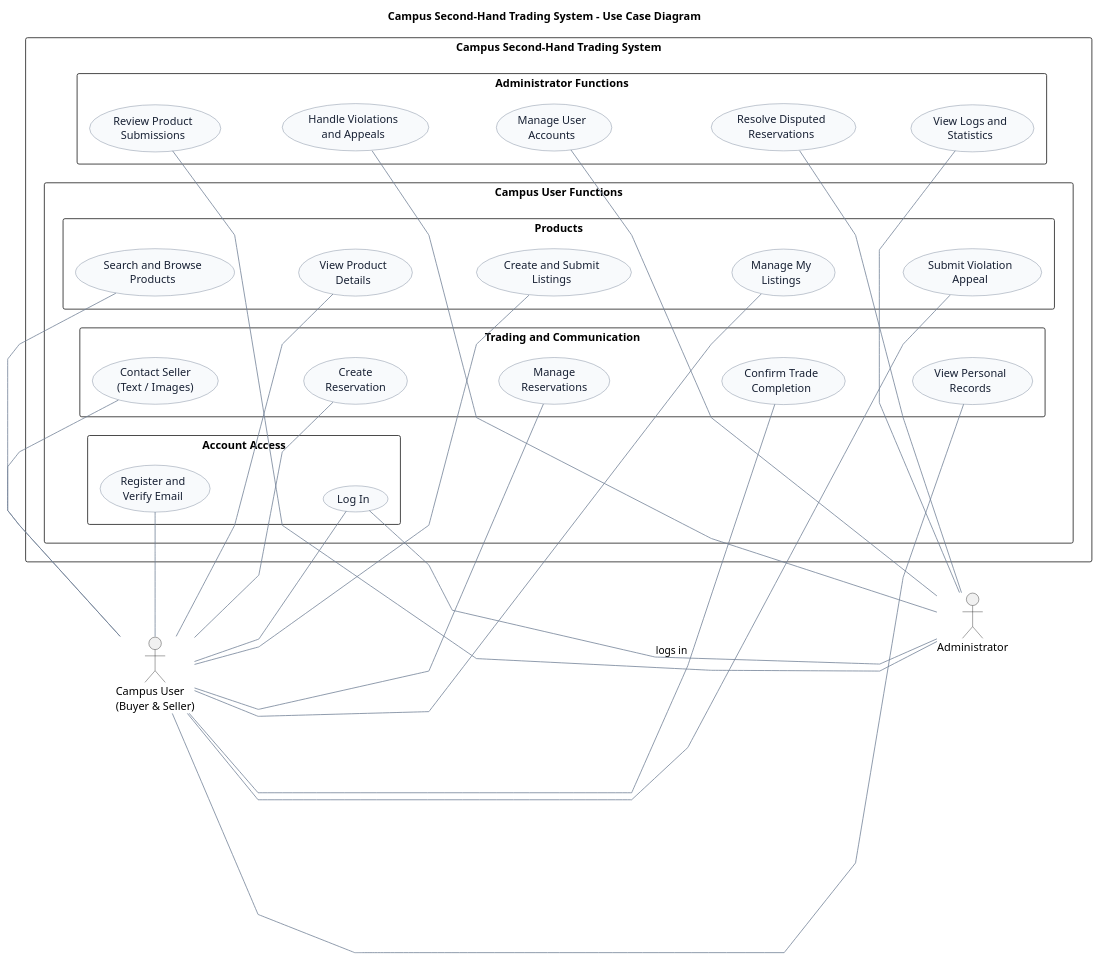
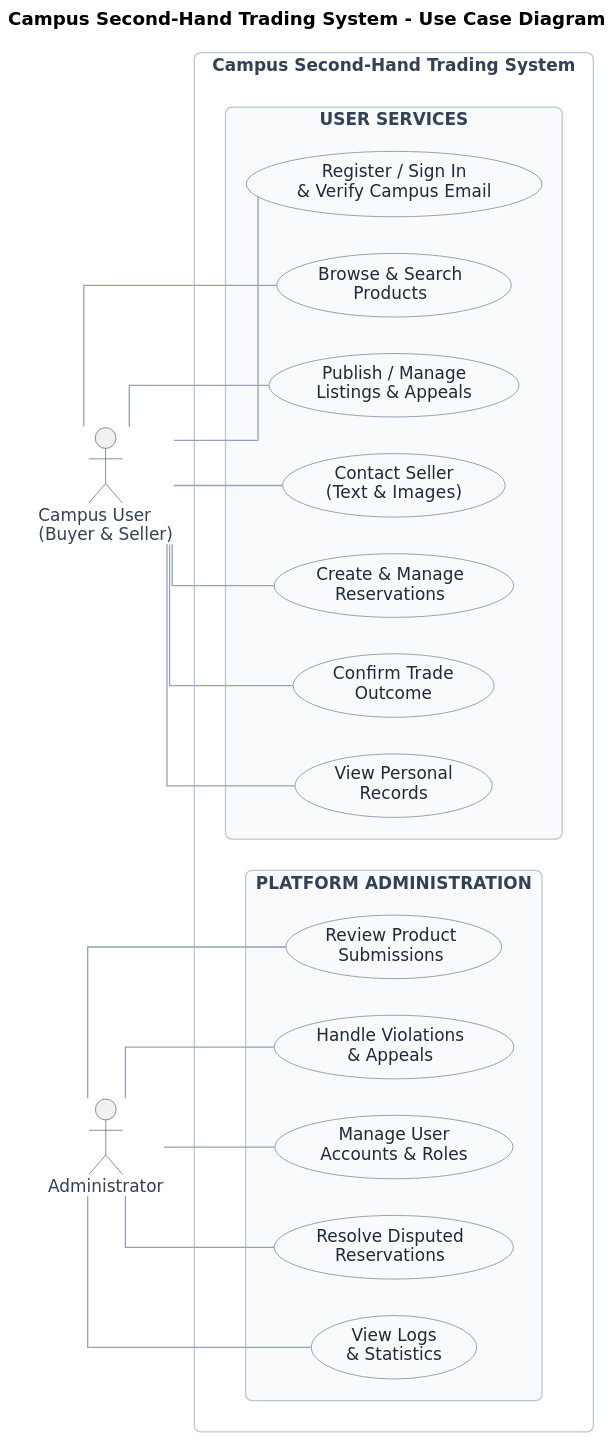
The diagram in lab2/UML/UML用例图.puml (h53733856-cyber/Software-Engineering-Course), drawn with PlantUML before and after one commit. The commit also changed 23 other files, not shown here.

Commit message:
lab2: UML and UI finished

```diff
--- a/lab2/UML/UML用例图.puml
+++ b/lab2/UML/UML用例图.puml
@@ -1,98 +1,71 @@
 @startuml UML用例图
+title Campus Second-Hand Trading System - Use Case Diagram
+left to right direction
 
-title Campus Second-Hand Trading System - Use Case Diagram
+skinparam backgroundColor #FFFFFF
+skinparam shadowing false
+skinparam defaultFontName "DejaVu Sans"
+skinparam defaultFontSize 13
+skinparam dpi 160
+skinparam linetype ortho
+skinparam nodesep 28
+skinparam ranksep 48
+skinparam roundcorner 10
+skinparam ArrowColor #94A3B8
 
-left to right direction
-skinparam shadowing false
-skinparam packageStyle rectangle
-skinparam linetype polyline
-skinparam nodesep 38
-skinparam ranksep 60
-skinparam defaultFontName Arial
-skinparam ArrowColor #718096
+skinparam actor {
+    BorderColor #475569
+    FontColor #334155
+}
 
 skinparam usecase {
-  BackgroundColor #F8FAFC
-  BorderColor #64748B
-  FontColor #172033
+    BackgroundColor #F8FAFC
+    BorderColor #64748B
+    FontColor #1E293B
 }
 
-actor "Campus User\n(Buyer & Seller)" as User
+skinparam rectangle {
+    BackgroundColor #FFFFFF
+    BorderColor #B8C6D6
+    FontColor #334155
+}
+
+actor "Campus User\n(Buyer & Seller)" as CampusUser
 actor "Administrator" as Admin
 
-rectangle "Campus Second-Hand Trading System" {
-
-  package "Campus User Functions" {
-
-    package "Account Access" {
-      usecase "Register and\nVerify Email" as U1
-      usecase "Log In" as U2
+rectangle "Campus Second-Hand Trading System" as System {
+    rectangle "USER SERVICES" as UserServices #F8FAFC {
+        usecase "Register / Sign In\n& Verify Campus Email" as U1
+        usecase "Browse & Search\nProducts" as U2
+        usecase "Publish / Manage\nListings & Appeals" as U3
+        usecase "Contact Seller\n(Text & Images)" as U4
+        usecase "Create & Manage\nReservations" as U5
+        usecase "Confirm Trade\nOutcome" as U6
+        usecase "View Personal\nRecords" as U7
     }
 
-    package "Products" {
-      usecase "Search and Browse\nProducts" as U3
-      usecase "View Product\nDetails" as U4
-      usecase "Create and Submit\nListings" as U5
-      usecase "Manage My\nListings" as U6
-      usecase "Submit Violation\nAppeal" as U7
+    rectangle "PLATFORM ADMINISTRATION" as Administration #F8FAFC {
+        usecase "Review Product\nSubmissions" as A1
+        usecase "Handle Violations\n& Appeals" as A2
+        usecase "Manage User\nAccounts & Roles" as A3
+        usecase "Resolve Disputed\nReservations" as A4
+        usecase "View Logs\n& Statistics" as A5
     }
-
-    package "Trading and Communication" {
-      usecase "Contact Seller\n(Text / Images)" as U8
-      usecase "Create\nReservation" as U9
-      usecase "Manage\nReservations" as U10
-      usecase "Confirm Trade\nCompletion" as U11
-      usecase "View Personal\nRecords" as U12
-    }
-  }
-
-  package "Administrator Functions" {
-    usecase "Review Product\nSubmissions" as A1
-    usecase "Handle Violations\nand Appeals" as A2
-    usecase "Manage User\nAccounts" as A3
-    usecase "Resolve Disputed\nReservations" as A4
-    usecase "View Logs and\nStatistics" as A5
-  }
 }
 
-' Layout control
-U1 -[hidden]down-> U2
-U3 -[hidden]down-> U4
-U4 -[hidden]down-> U5
-U5 -[hidden]down-> U6
-U6 -[hidden]down-> U7
-U8 -[hidden]down-> U9
-U9 -[hidden]down-> U10
-U10 -[hidden]down-> U11
-U11 -[hidden]down-> U12
+' 关联：左下用户连左边用户用例，右下管理员连右边管理用例
+CampusUser -- U1
+CampusUser -- U2
+CampusUser -- U3
+CampusUser -- U4
+CampusUser -- U5
+CampusUser -- U6
+CampusUser -- U7
 
-A1 -[hidden]down-> A2
-A2 -[hidden]down-> A3
-A3 -[hidden]down-> A4
-A4 -[hidden]down-> A5
-
-U3 -[hidden]right-> A1
-
-' User associations
-User -right- U1
-User -right- U2
-User -right- U3
-User -right- U4
-User -right- U5
-User -right- U6
-User -right- U7
-User -right- U8
-User -right- U9
-User -right- U10
-User -right- U11
-User -right- U12
-
-' Administrator associations
-A1 -right- Admin
-A2 -right- Admin
-A3 -right- Admin
-A4 -right- Admin
-A5 -right- Admin
-U2 -right- Admin : logs in
+Admin -- A1
+Admin -- A2
+Admin -- A3
+Admin -- A4
+Admin -- A5
 
 @enduml
```
